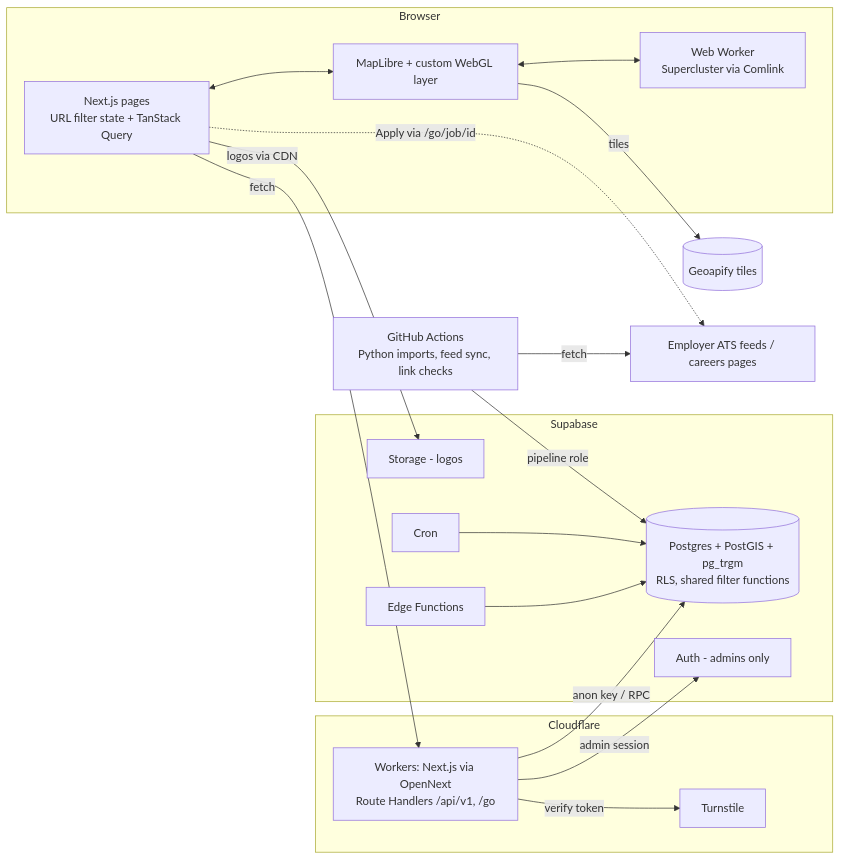
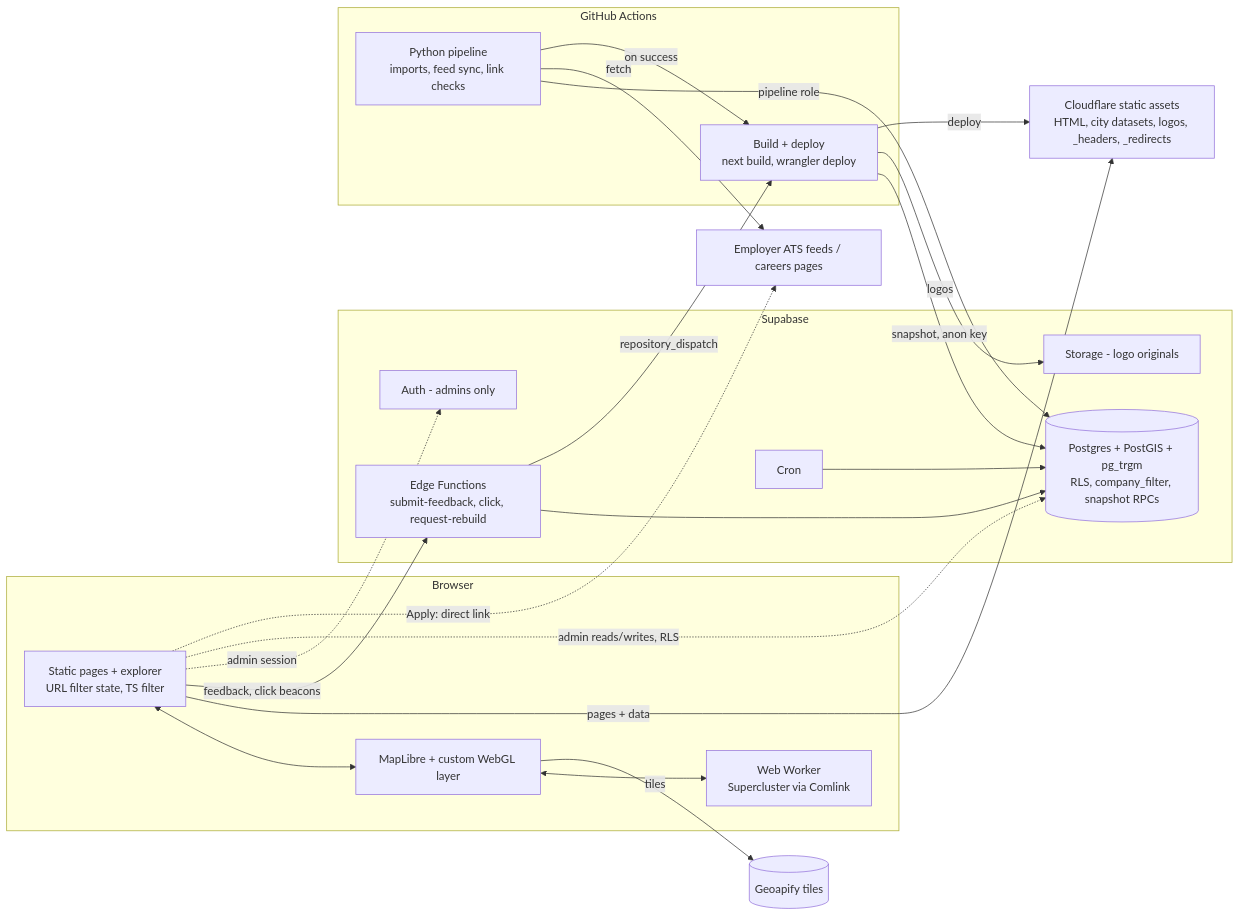
Before and after one commit to mpdhanveer05-prakash/City-Based-Job-Map: the diagram in docs/architecture.md, drawn with Mermaid. The commit also changed other lines of this file and 36 other files, not shown here.

First line of the commit message:
D-09/P1-06: Static export on Cloudflare free tier, backend in Supabase

````diff
--- a/docs/architecture.md
+++ b/docs/architecture.md
@@ -21,36 +22,40 @@
 ```mermaid
 flowchart LR
   subgraph Browser
-    UI[Next.js pages<br/>URL filter state + TanStack Query]
+    UI[Static pages + explorer<br/>URL filter state, TS filter]
     MAP[MapLibre + custom WebGL layer]
     W[Web Worker<br/>Supercluster via Comlink]
     UI <--> MAP
     MAP <--> W
   end
   GEO[(Geoapify tiles)]
-  subgraph Cloudflare
-    WK[Workers: Next.js via OpenNext<br/>Route Handlers /api/v1, /go]
-    TS[Turnstile]
-  end
+  PAGES[Cloudflare static assets<br/>HTML, city datasets, logos, _headers, _redirects]
   subgraph Supabase
-    PG[(Postgres + PostGIS + pg_trgm<br/>RLS, shared filter functions)]
+    PG[(Postgres + PostGIS + pg_trgm<br/>RLS, company_filter, snapshot RPCs)]
     AU[Auth - admins only]
-    ST[Storage - logos]
-    EF[Edge Functions]
+    ST[Storage - logo originals]
+    EF[Edge Functions<br/>submit-feedback, click, request-rebuild]
     CR[Cron]
   end
-  GH[GitHub Actions<br/>Python imports, feed sync, link checks]
+  subgraph GitHub Actions
+    BUILD[Build + deploy<br/>next build, wrangler deploy]
+    PIPE[Python pipeline<br/>imports, feed sync, link checks]
+  end
   EMP[Employer ATS feeds / careers pages]
 
+  UI -- pages + data --> PAGES
   MAP -- tiles --> GEO
-  UI -- fetch --> WK
-  WK -- anon key / RPC --> PG
-  WK -- verify token --> TS
-  WK -- admin session --> AU
-  UI -- logos via CDN --> ST
-  GH -- pipeline role --> PG
-  GH -- fetch --> EMP
+  UI -- feedback, click beacons --> EF
+  UI -. admin session .-> AU
+  UI -. admin reads/writes, RLS .-> PG
+  EF --> PG
+  EF -- repository_dispatch --> BUILD
+  PIPE -- pipeline role --> PG
+  PIPE -- fetch --> EMP
+  PIPE -- on success --> BUILD
+  BUILD -- snapshot, anon key --> PG
+  BUILD -- logos --> ST
+  BUILD -- deploy --> PAGES
   CR --> PG
-  EF --> PG
-  UI -. Apply via /go/job/id .-> EMP
+  UI -. Apply: direct link .-> EMP
 ```
````
